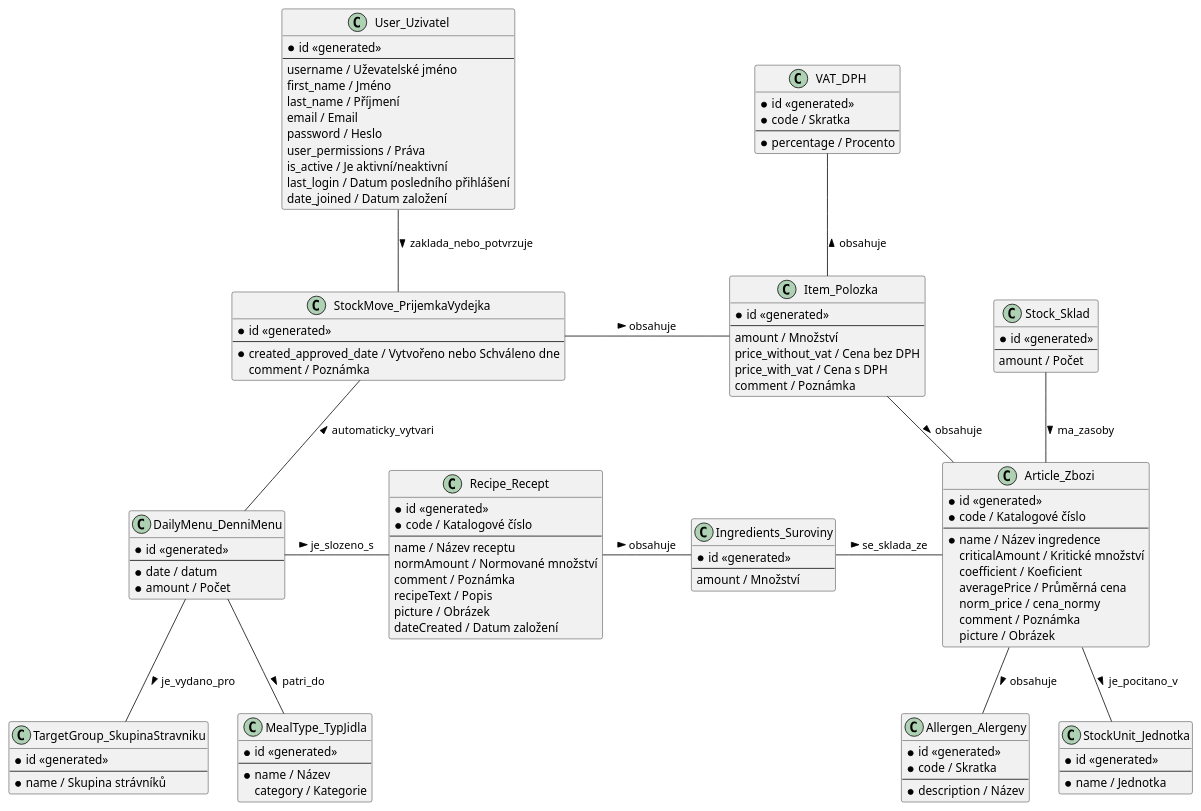
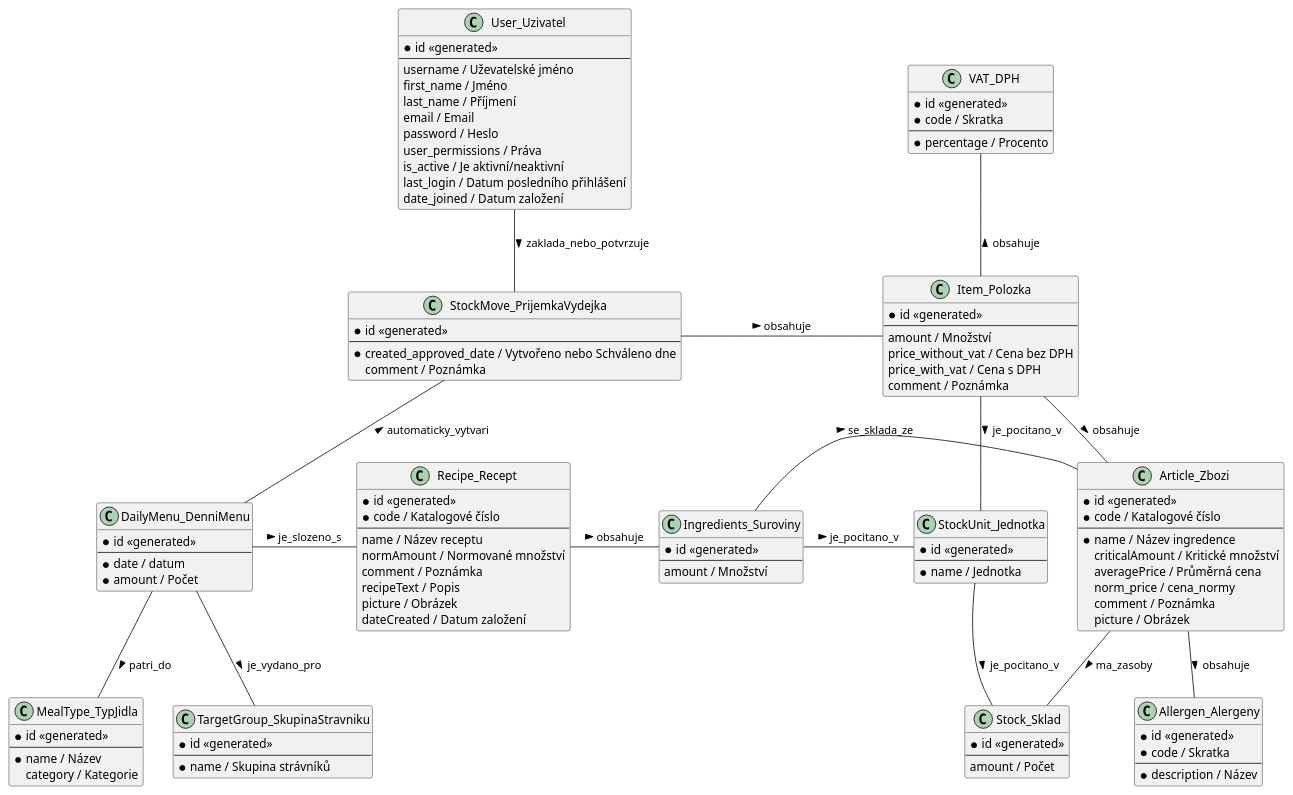
The diagram in docs/erd.plantuml (valasek/kicoma), drawn with PlantUML before and after one commit. The commit also changed 4 other files, not shown here.

```diff
--- a/docs/erd.plantuml
+++ b/docs/erd.plantuml
@@ -1,131 +1,132 @@
 @startuml "KiCoMa"
 
 DailyMenu_DenniMenu - Recipe_Recept : > je_slozeno_s
 
 DailyMenu_DenniMenu -- TargetGroup_SkupinaStravniku : > je_vydano_pro
 DailyMenu_DenniMenu -- MealType_TypJidla : > patri_do
 
 Recipe_Recept - Ingredients_Suroviny : obsahuje >
 Ingredients_Suroviny - Article_Zbozi : > se_sklada_ze
+Ingredients_Suroviny - StockUnit_Jednotka : je_pocitano_v >
 
 Article_Zbozi -- Allergen_Alergeny : obsahuje >
-Article_Zbozi -- StockUnit_Jednotka : je_pocitano_v >
+StockUnit_Jednotka - Stock_Sklad : je_pocitano_v >
 
-Stock_Sklad -- Article_Zbozi : ma_zasoby >
+Article_Zbozi -- Stock_Sklad : ma_zasoby >
 
 Item_Polozka -- Article_Zbozi : obsahuje >
+Item_Polozka - StockUnit_Jednotka : je_pocitano_v >
 VAT_DPH -- Item_Polozka : obsahuje <
 
 StockMove_PrijemkaVydejka - Item_Polozka : obsahuje >
 StockMove_PrijemkaVydejka -- DailyMenu_DenniMenu : automaticky_vytvari <
 
 User_Uzivatel -- StockMove_PrijemkaVydejka : zaklada_nebo_potvrzuje >
 
 class VAT_DPH {
     *id <<generated>>
     *code / Skratka
     --
     * percentage / Procento
 }
 
 class Allergen_Alergeny {
     *id <<generated>>
     *code / Skratka
     --
     *description / Název
 }
 
 class StockUnit_Jednotka {
     *id <<generated>>
     --
     *name / Jednotka
 }
 
 class TargetGroup_SkupinaStravniku {
     *id <<generated>>
     --
     *name / Skupina strávníků
 }
 
 class MealType_TypJidla {
     *id <<generated>>
     --
     *name / Název
     category / Kategorie
 }
 
 class DailyMenu_DenniMenu {
     *id <<generated>>
     --
     *date / datum
     *amount / Počet
 }
 
 class Recipe_Recept {
     *id <<generated>>
     *code / Katalogové číslo
     --
     name / Název receptu
     normAmount / Normované množství
     comment / Poznámka
     recipeText / Popis
     picture / Obrázek
     dateCreated / Datum založení
 }
 
 class Ingredients_Suroviny {
     *id <<generated>>
     --
     amount / Množství
 }
 
 class Article_Zbozi {
     *id <<generated>>
     *code / Katalogové číslo
     --
     *name / Název ingredence
     criticalAmount / Kritické množství
-    coefficient / Koeficient
     averagePrice / Průměrná cena
     norm_price / cena_normy
     comment / Poznámka
     picture / Obrázek
 }
 
 class Item_Polozka {
     *id <<generated>>
     --
     amount / Množství
     price_without_vat / Cena bez DPH
     price_with_vat / Cena s DPH
     comment / Poznámka
 }
 
 class StockMove_PrijemkaVydejka {
     *id <<generated>>
     --
     * created_approved_date / Vytvořeno nebo Schváleno dne
     comment / Poznámka
 }
 
 class Stock_Sklad {
     *id <<generated>>
     --
     amount / Počet
 }
 
 class User_Uzivatel {
     *id <<generated>>
     --
     username / Uževatelské jméno
     first_name / Jméno
     last_name / Příjmení
     email / Email
     password / Heslo
     user_permissions / Práva
     is_active / Je aktivní/neaktivní
     last_login / Datum posledního přihlášení
     date_joined / Datum založení
 }
 
 @enduml
```
